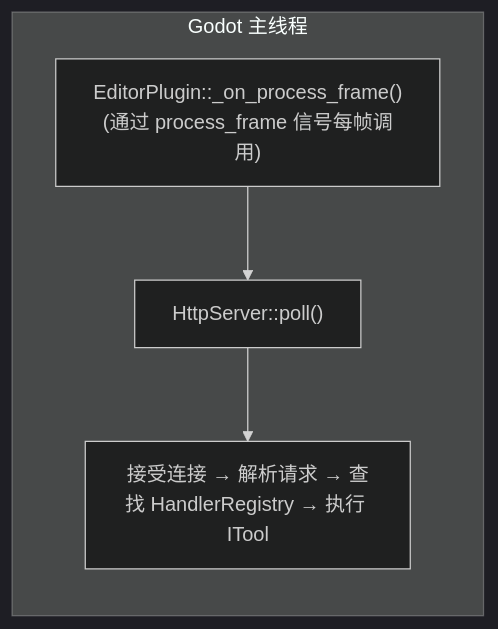
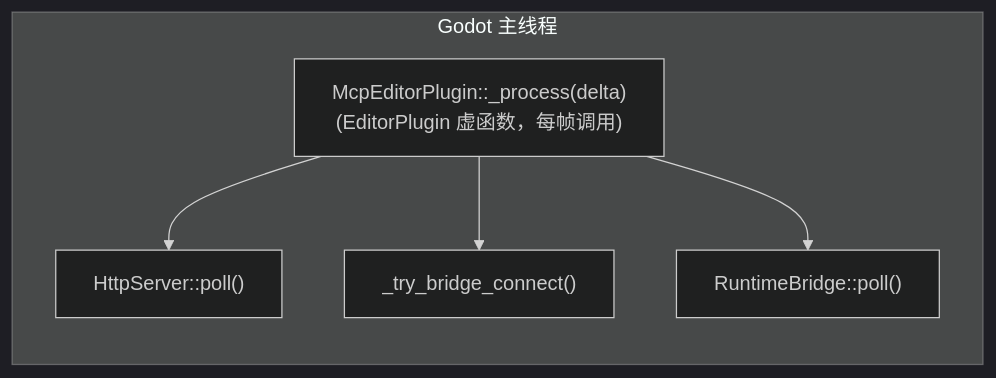
One commit to jesspig/GodotMCP-GDExtension changed the diagram in .repo_wiki/overview/threading-model.md. Above: the diagram before and after it, drawn with Mermaid (dark theme). The commit also changed other lines of this file and 33 other files, not shown here.

````diff
--- a/.repo_wiki/overview/threading-model.md
+++ b/.repo_wiki/overview/threading-model.md
@@ -7,12 +7,14 @@
 ```mermaid
 flowchart LR
     subgraph MAIN["Godot 主线程"]
         direction TB
-        A["EditorPlugin::_on_process_frame()<br/>(通过 process_frame 信号每帧调用)"]
+        A["McpEditorPlugin::_process(delta)<br/>(EditorPlugin 虚函数，每帧调用)"]
         C["HttpServer::poll()"]
-        D["接受连接 → 解析请求 → 查找 HandlerRegistry → 执行 ITool"]
+        B["_try_bridge_connect()"]
+        D["RuntimeBridge::poll()"]
     end
     
     A --> C
-    C --> D
+    A --> B
+    A --> D
 ```
````
